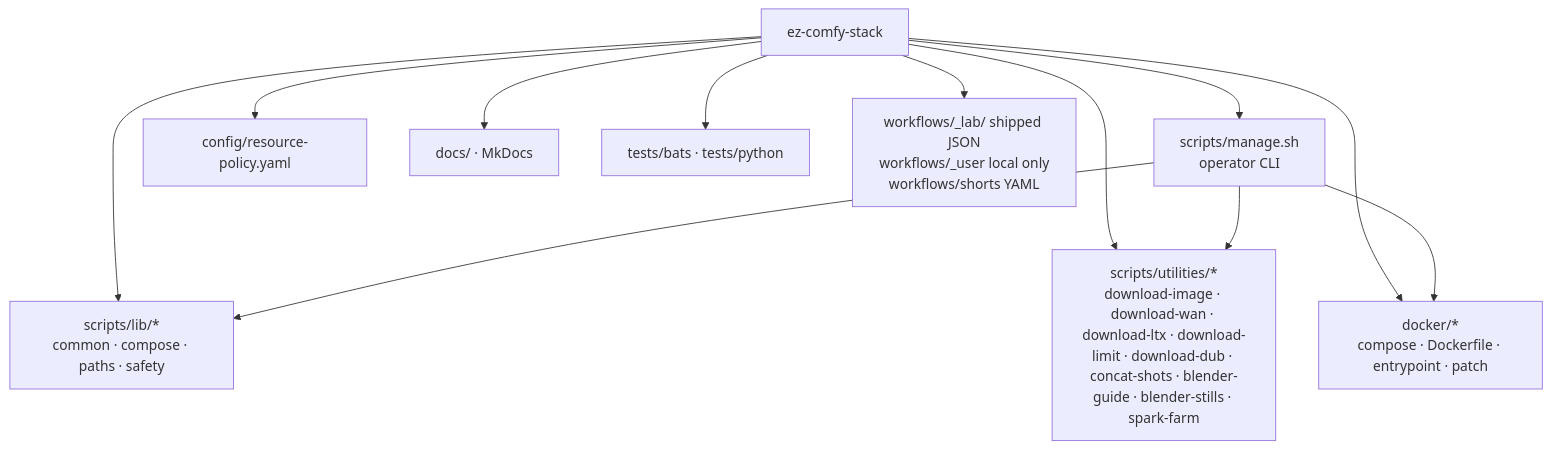
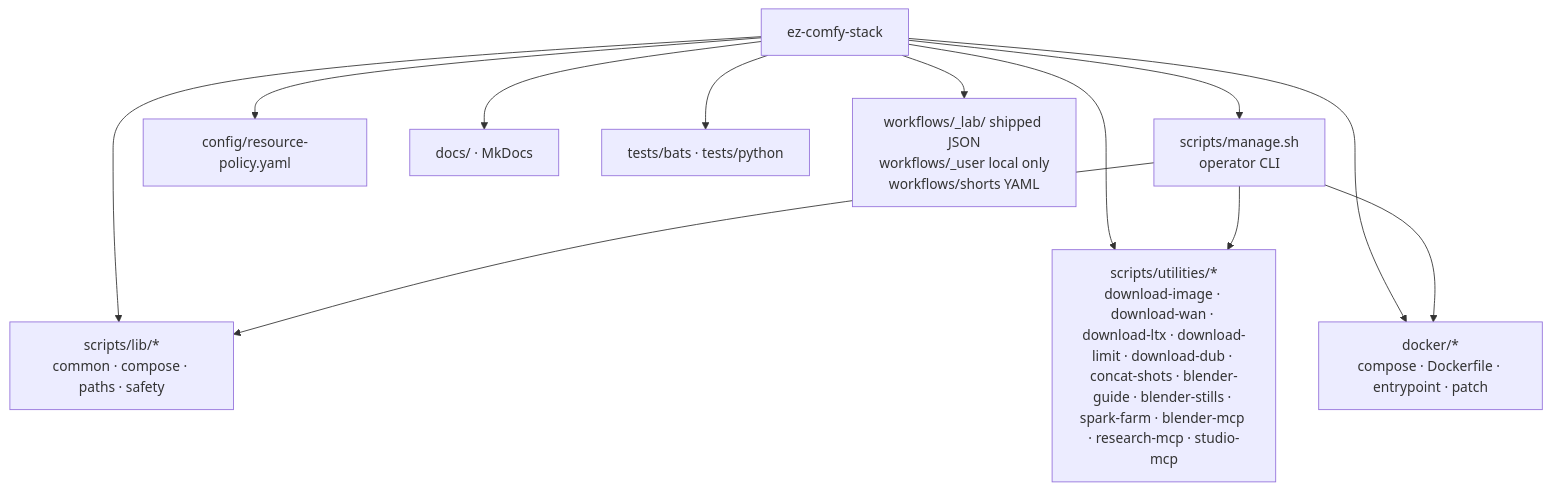
Before and after one commit to toxicoder/ez-comfy-stack: the first of 6 diagrams in docs/project-conventions.md, drawn with Mermaid. The commit also changed 41 other files, not shown here.

First line of the commit message:
feat: add inspire/app-forge and studio-mcp

````diff
--- a/docs/project-conventions.md
+++ b/docs/project-conventions.md
@@ -61,15 +61,15 @@
 ```mermaid
 flowchart TB
   Root["ez-comfy-stack"]
   Root --> Manage["scripts/manage.sh<br/>operator CLI"]
   Root --> Lib["scripts/lib/*<br/>common · compose · paths · safety"]
-  Root --> Util["scripts/utilities/*<br/>download-image · download-wan · download-ltx · download-limit · download-dub · concat-shots · blender-guide · blender-stills · spark-farm"]
+  Root --> Util["scripts/utilities/*<br/>download-image · download-wan · download-ltx · download-limit · download-dub · concat-shots · blender-guide · blender-stills · spark-farm · blender-mcp · research-mcp · studio-mcp"]
   Root --> Docker["docker/*<br/>compose · Dockerfile · entrypoint · patch"]
   Root --> Cfg["config/resource-policy.yaml"]
   Root --> Docs["docs/ · MkDocs"]
   Root --> Tests["tests/bats · tests/python"]
   Root --> Wf["workflows/_lab/<lane> shipped JSON<br/>workflows/_user local only<br/>workflows/shorts YAML"]
   Manage --> Lib
   Manage --> Util
   Manage --> Docker
 ```
````
